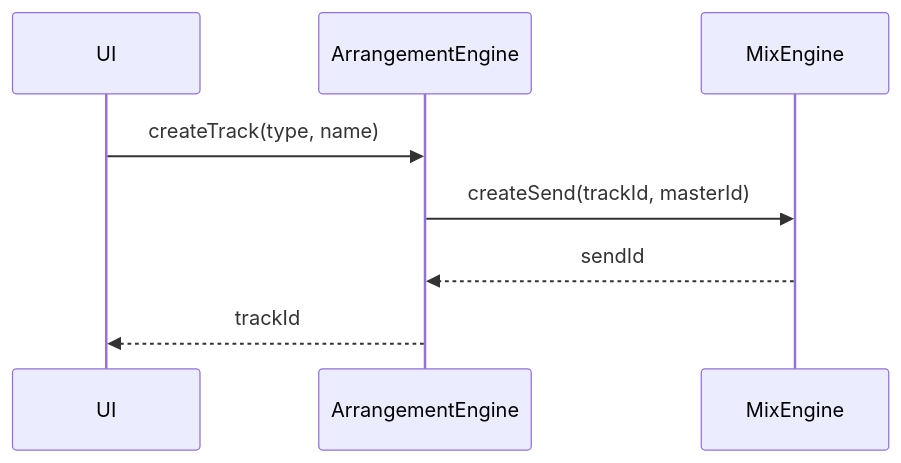
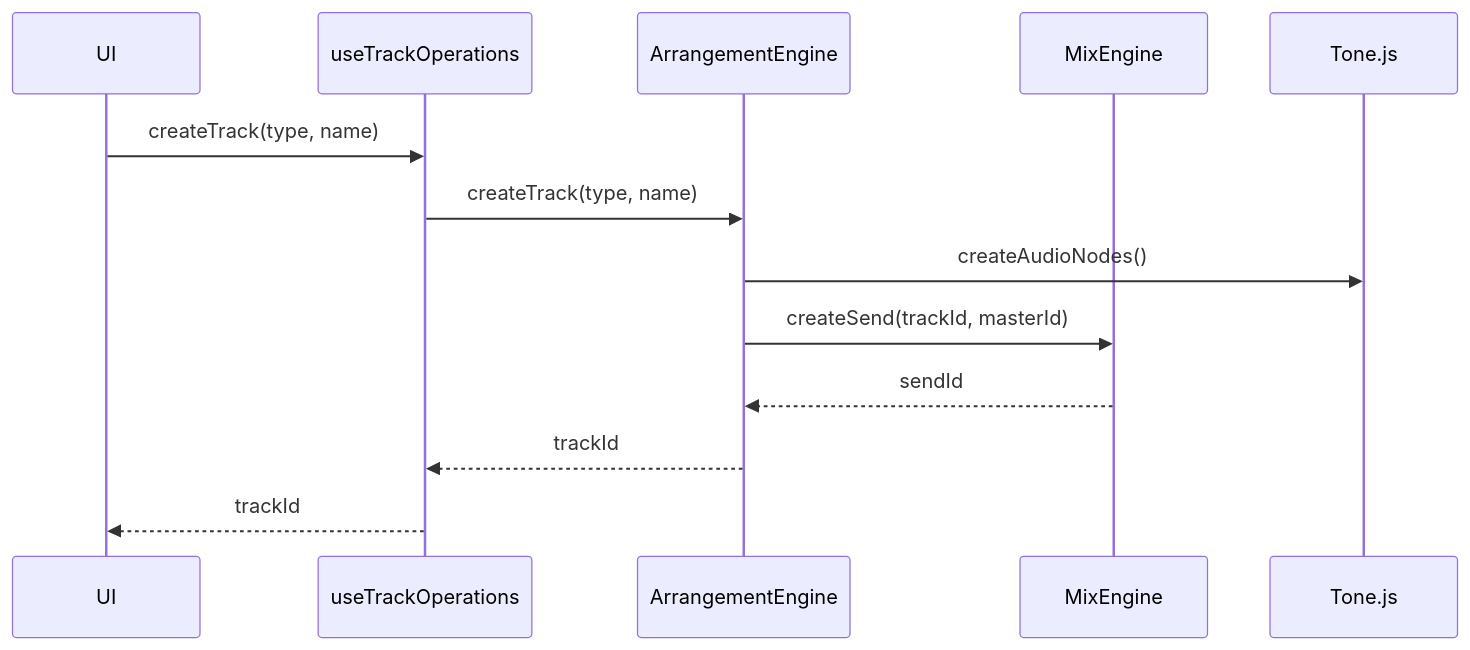
Before and after one commit to yannmazita/daw.ts: the fifth of 9 diagrams in README.md, drawn with Mermaid. The commit also changed other lines of this file, not shown here.

````diff
--- a/README.md
+++ b/README.md
@@ -162,11 +278,15 @@
 ```mermaid
 sequenceDiagram
     participant UI
+    participant useTrackOperations
     participant ArrangementEngine
     participant MixEngine
 
-    UI->>ArrangementEngine: createTrack(type, name)
+    UI->>useTrackOperations: createTrack(type, name)
+    useTrackOperations->>ArrangementEngine: createTrack(type, name)
+    ArrangementEngine->>Tone.js: createAudioNodes()
     ArrangementEngine->>MixEngine: createSend(trackId, masterId)
     MixEngine-->>ArrangementEngine: sendId
-    ArrangementEngine-->>UI: trackId
+    ArrangementEngine-->>useTrackOperations: trackId
+    useTrackOperations-->>UI: trackId
 ```
````
